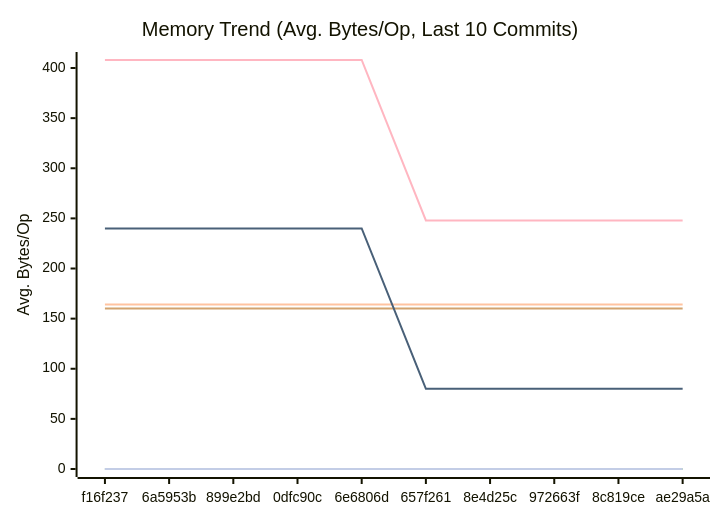
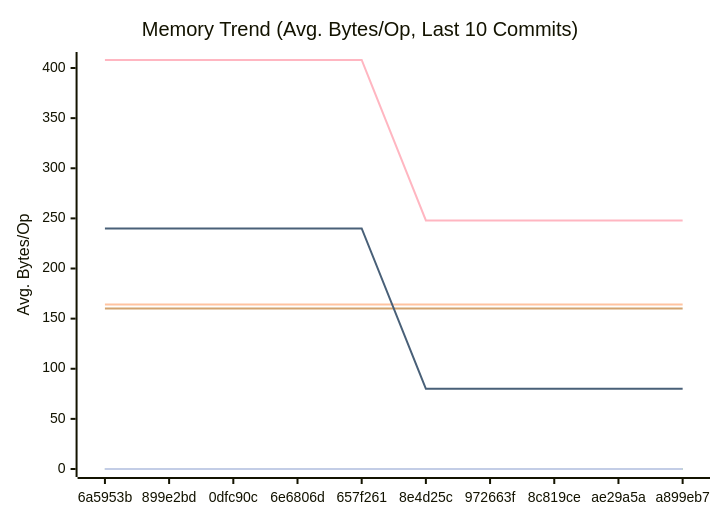
The second of 3 diagrams in docs/PERFORMANCE.md (alsotoes/momo), drawn with Mermaid before and after one commit. The commit also changed other lines of this file and 2 other files, not shown here.

````diff
--- a/docs/PERFORMANCE.md
+++ b/docs/PERFORMANCE.md
@@ -97,16 +97,16 @@
 ```mermaid
 xychart-beta
     title "Memory Trend (Avg. Bytes/Op, Last 10 Commits)"
     x-axis "Commit"
     y-axis "Avg. Bytes/Op"
-    x-axis [f16f237,6a5953b,899e2bd,0dfc90c,6e6806d,657f261,8e4d25c,972663f,8c819ce,ae29a5a]
+    x-axis [6a5953b,899e2bd,0dfc90c,6e6806d,657f261,8e4d25c,972663f,8c819ce,ae29a5a,a899eb7]
     line "CheckMetricsAndSwap" [0,0,0,0,0,0,0,0,0,0]
     line "CrushOptimized" [0,0,0,0,0,0,0,0,0,0]
     line "CrushOriginal" [164,164,164,164,164,164,164,164,164,164]
     line "IndexDirectTracking" [0,0,0,0,0,0,0,0,0,0]
     line "IndexSearch" [0,0,0,0,0,0,0,0,0,0]
     line "LoadGlobalConfig" [160,160,160,160,160,160,160,160,160,160]
     line "PadString" [0,0,0,0,0,0,0,0,0,0]
     line "ParseReplicationOrder_NoPrealloc" [408,408,408,408,408,248,248,248,248,248]
     line "ParseReplicationOrder_Prealloc" [240,240,240,240,240,80,80,80,80,80]
 ```
````
